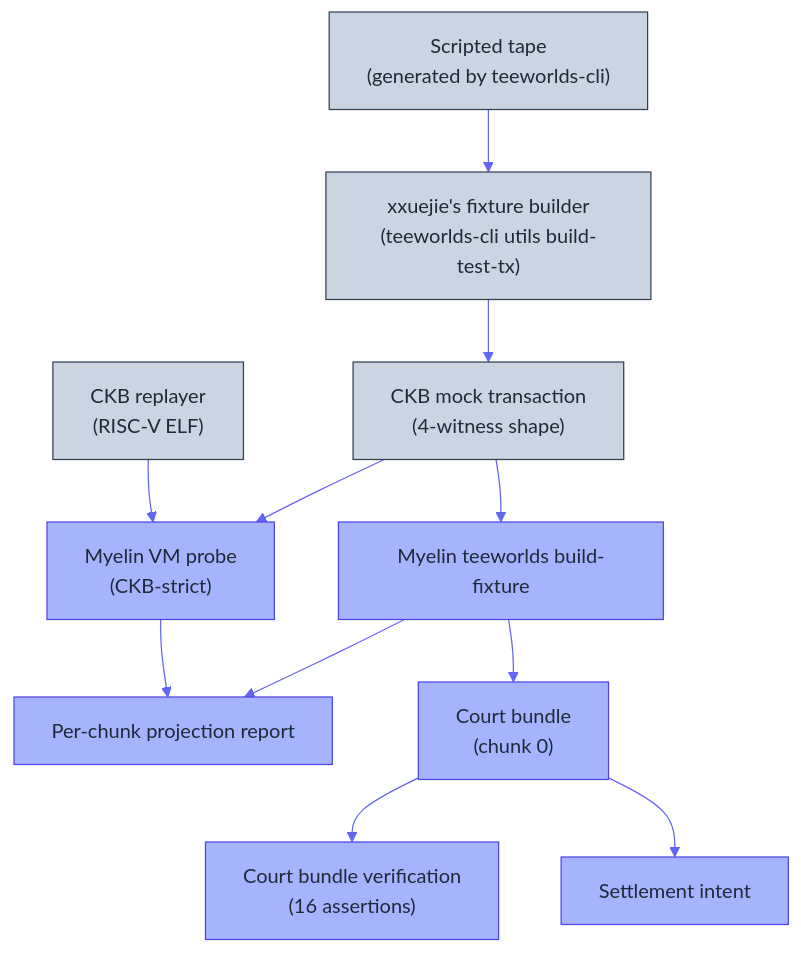
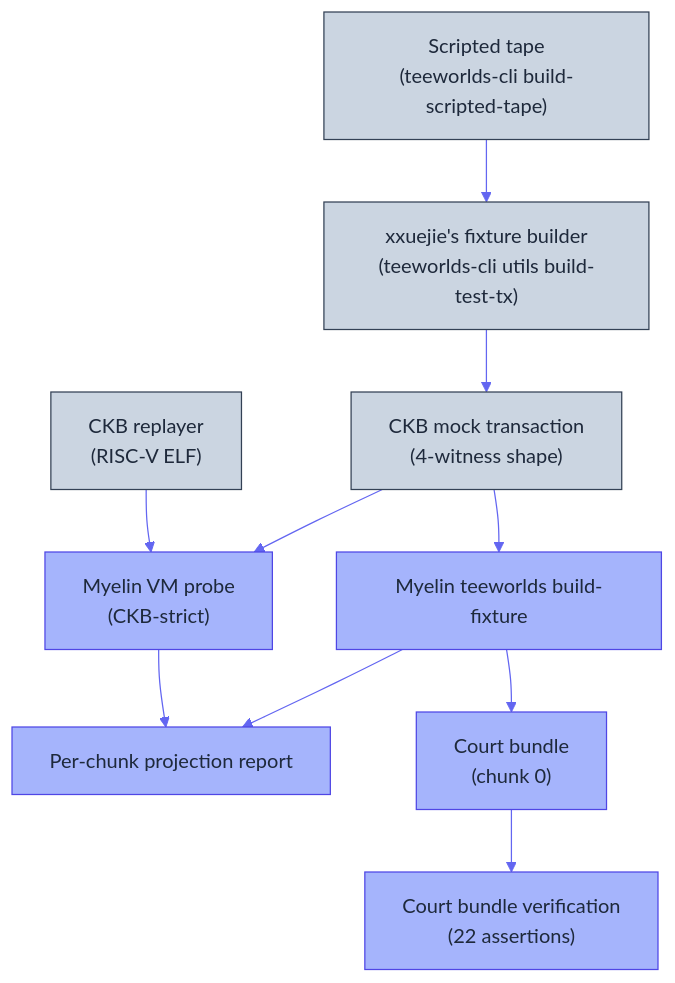
The diagram in docs/tutorials/teeworlds-end-to-end.md (Myelin-Labs/Myelin), drawn with Mermaid before and after one commit. The commit also changed other lines of this file and 30 other files, not shown here.

First line of the commit message:
docs: user-friendly README with diagrams + teeworlds lineage release note

````diff
--- a/docs/tutorials/teeworlds-end-to-end.md
+++ b/docs/tutorials/teeworlds-end-to-end.md
@@ -11,34 +27,32 @@
 ```mermaid
 %%{init: {
   "theme": "base",
   "themeVariables": {
     "primaryColor": "#A5B4FC",
     "primaryTextColor": "#1E293B",
     "primaryBorderColor": "#4F46E5",
     "lineColor": "#6366F1",
     "secondaryColor": "#C7D2FE",
     "tertiaryColor": "#C7D2FE"
   }
 }}%%
 flowchart TB
-    A["Scripted tape<br/>(generated by teeworlds-cli)"]:::off
+    A["Scripted tape<br/>(teeworlds-cli build-scripted-tape)"]:::off
     B["xxuejie's fixture builder<br/>(teeworlds-cli utils build-test-tx)"]:::off
     C["CKB mock transaction<br/>(4-witness shape)"]:::off
     D["Myelin teeworlds build-fixture"]:::l2
     E["CKB replayer<br/>(RISC-V ELF)"]:::off
     F["Myelin VM probe<br/>(CKB-strict)"]:::l2
     G["Per-chunk projection report"]:::l2
     H["Court bundle<br/>(chunk 0)"]:::l2
-    I["Court bundle verification<br/>(16 assertions)"]:::l2
-    J["Settlement intent"]:::l2
+    I["Court bundle verification<br/>(22 assertions)"]:::l2
 
     A --> B --> C --> D
     E --> F --> G
     C --> F
     D --> G
     D --> H --> I
-    H --> J
 
     classDef off fill:#CBD5E1,stroke:#334155,color:#1E293B;
     classDef l2  fill:#A5B4FC,stroke:#4F46E5,color:#1E293B;
 ```
````
